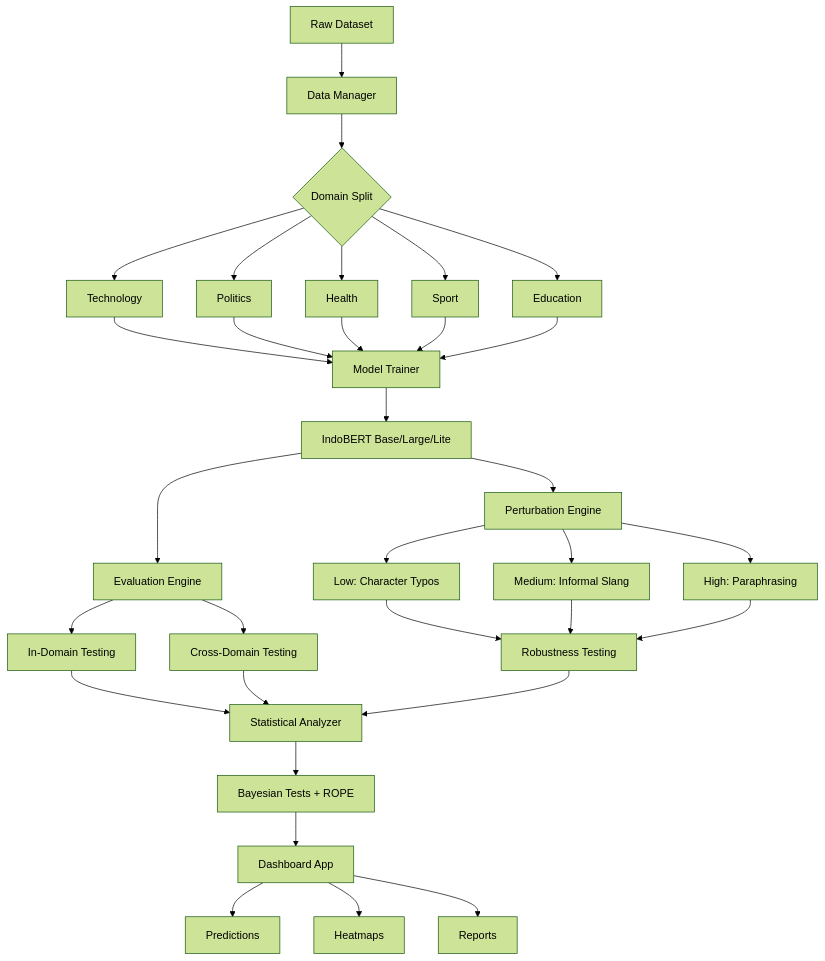
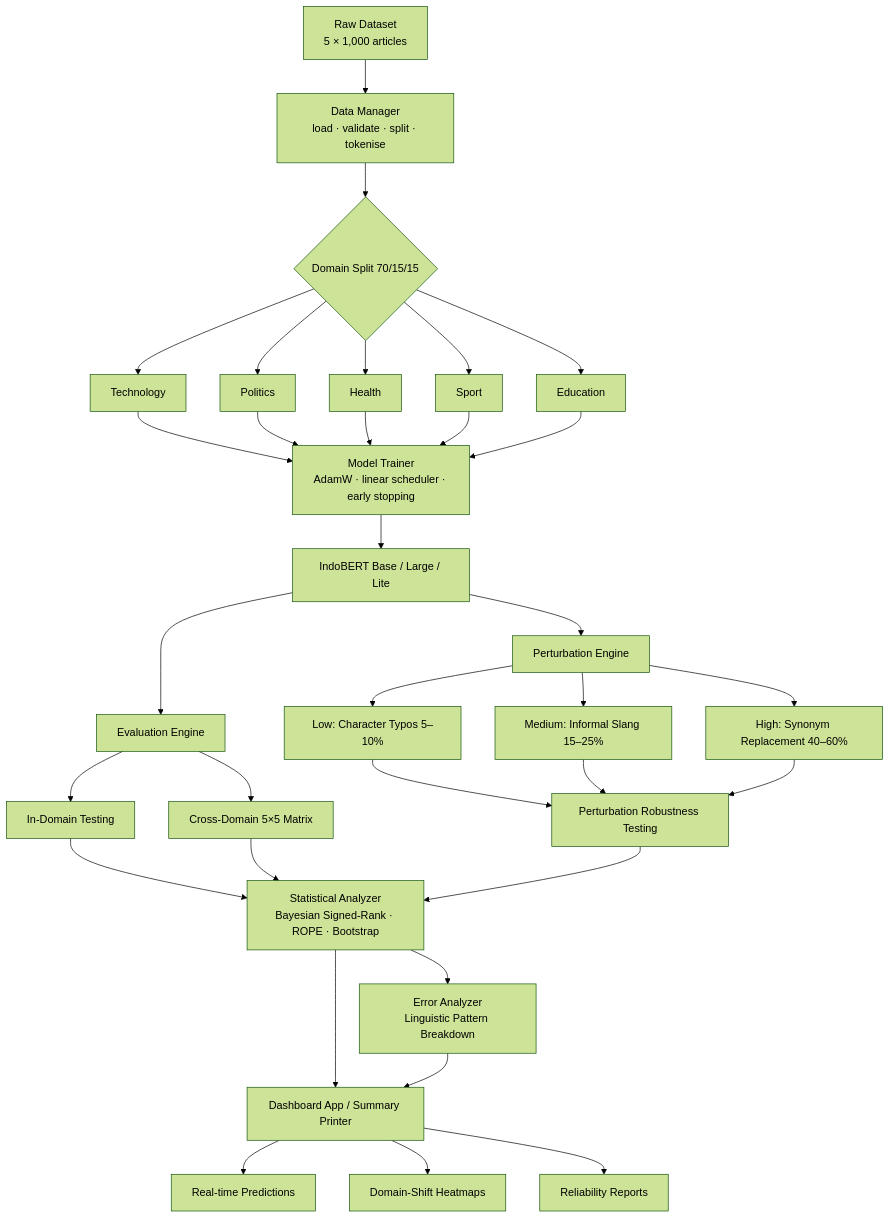
The diagram in README.md (gredss/domain-shift-trustworthy-ai), drawn with Mermaid (forest theme) before and after one commit. The commit also changed other lines of this file, not shown here.

````diff
--- a/README.md
+++ b/README.md
@@ -44,32 +54,32 @@
 ```mermaid
 graph TD
-    A[Raw Dataset] --> B[Data Manager]
-    B --> C{Domain Split}
+    A[Raw Dataset<br/>5 × 1,000 articles] --> B[Data Manager<br/>load · validate · split · tokenise]
+    B --> C{Domain Split 70/15/15}
     C --> D[Technology]
     C --> E[Politics]
     C --> F[Health]
     C --> G[Sport]
     C --> H[Education]
-    
-    D & E & F & G & H --> I[Model Trainer]
-    I --> J[IndoBERT Base/Large/Lite]
-    
+
+    D & E & F & G & H --> I[Model Trainer<br/>AdamW · linear scheduler · early stopping]
+    I --> J[IndoBERT Base / Large / Lite]
+
     J --> K[Evaluation Engine]
     K --> L[In-Domain Testing]
-    K --> M[Cross-Domain Testing]
-    
+    K --> M[Cross-Domain 5×5 Matrix]
+
     J --> N[Perturbation Engine]
-    N --> O[Low: Character Typos]
-    N --> P[Medium: Informal Slang]
-    N --> Q[High: Paraphrasing]
-    
-    O & P & Q --> R[Robustness Testing]
-    
-    L & M & R --> S[Statistical Analyzer]
-    S --> T[Bayesian Tests + ROPE]
-    
-    T --> U[Dashboard App]
-    U --> V[Predictions]
-    U --> W[Heatmaps]
-    U --> X[Reports]
+    N --> O[Low: Character Typos 5–10%]
+    N --> P[Medium: Informal Slang 15–25%]
+    N --> Q[High: Synonym Replacement 40–60%]
+
+    O & P & Q --> R[Perturbation Robustness Testing]
+
+    L & M & R --> S[Statistical Analyzer<br/>Bayesian Signed-Rank · ROPE · Bootstrap]
+    S --> T[Error Analyzer<br/>Linguistic Pattern Breakdown]
+
+    S & T --> U[Dashboard App / Summary Printer]
+    U --> V[Real-time Predictions]
+    U --> W[Domain-Shift Heatmaps]
+    U --> X[Reliability Reports]
 ```
````
